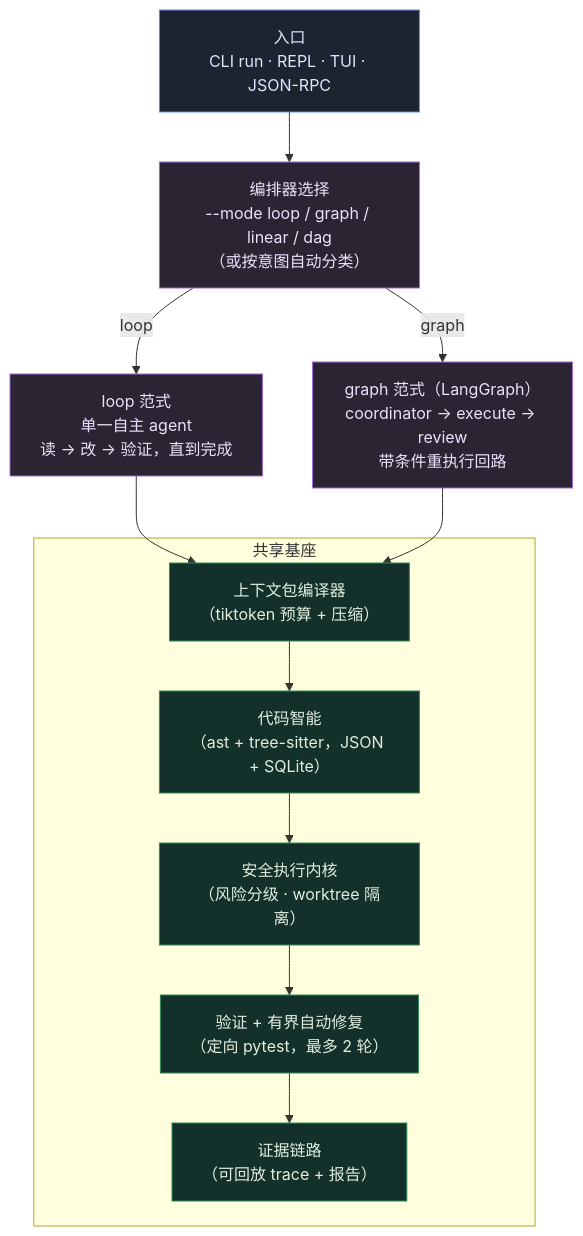
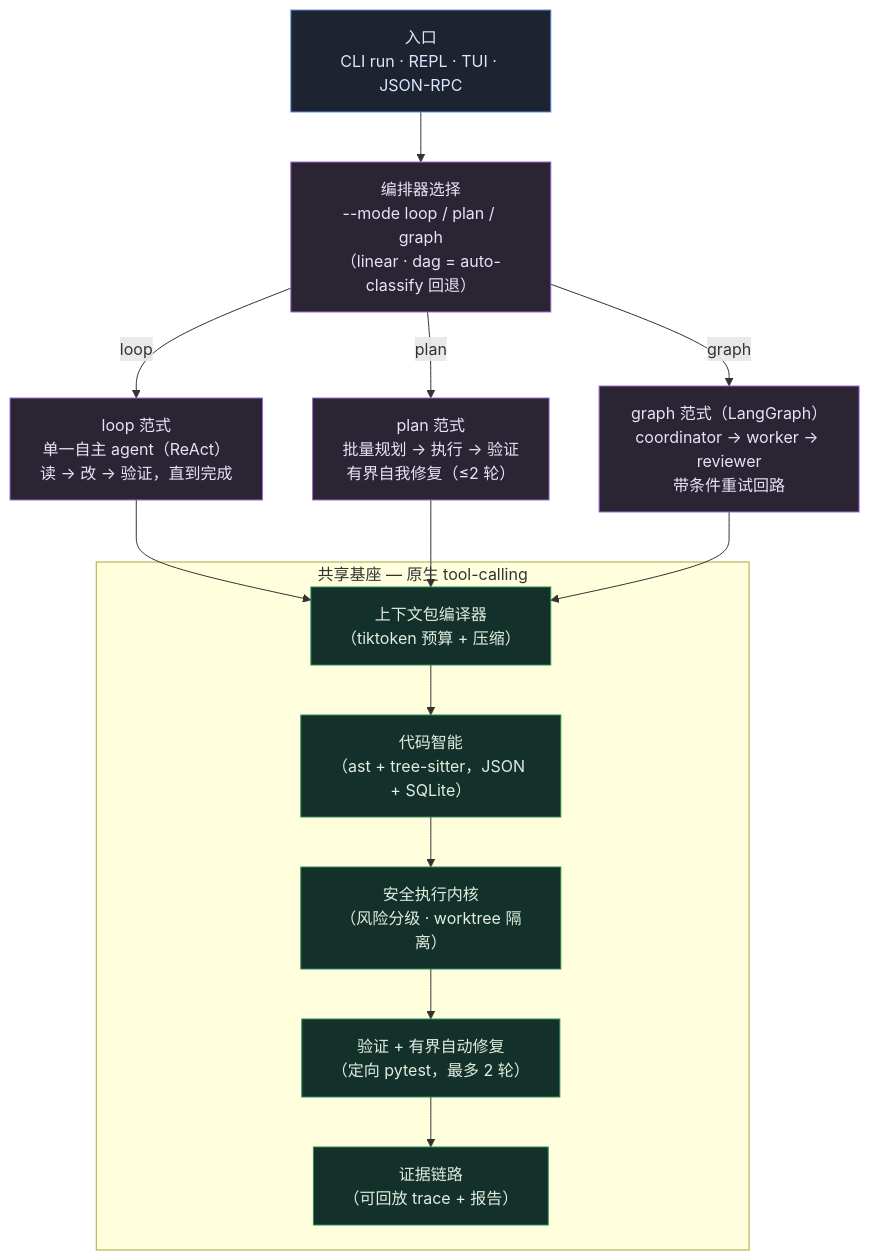
The diagram in README.zh-CN.md (kongshuilinhua/XHX-Agent), drawn with Mermaid before and after one commit. The commit also changed other lines of this file and 3 other files, not shown here.

First line of the commit message:
docs(readme): rewrite to three-paradigm (loop/plan/graph) narrative + benchmark + engineering notes

````diff
--- a/README.zh-CN.md
+++ b/README.zh-CN.md
@@ -33,26 +34,29 @@
 ```mermaid
 graph TD
     classDef entry fill:#1e2330,stroke:#5b8def,stroke-width:1px,color:#dce6ff;
     classDef orch fill:#2a2433,stroke:#a06bd6,stroke-width:1px,color:#ede0fb;
     classDef base fill:#14302a,stroke:#2e8b57,stroke-width:1px,color:#e0eee0;
 
     E["入口<br/>CLI run · REPL · TUI · JSON-RPC"]:::entry
-    S["编排器选择<br/>--mode loop / graph / linear / dag<br/>（或按意图自动分类）"]:::orch
-    L["loop 范式<br/>单一自主 agent<br/>读 → 改 → 验证，直到完成"]:::orch
-    G["graph 范式（LangGraph）<br/>coordinator → execute → review<br/>带条件重执行回路"]:::orch
+    S["编排器选择<br/>--mode loop / plan / graph<br/>（linear · dag = auto-classify 回退）"]:::orch
+    L["loop 范式<br/>单一自主 agent（ReAct）<br/>读 → 改 → 验证，直到完成"]:::orch
+    P["plan 范式<br/>批量规划 → 执行 → 验证<br/>有界自我修复（≤2 轮）"]:::orch
+    G["graph 范式（LangGraph）<br/>coordinator → worker → reviewer<br/>带条件重试回路"]:::orch
 
-    subgraph base_box["共享基座"]
+    subgraph base_box["共享基座 — 原生 tool-calling"]
         B["上下文包编译器<br/>（tiktoken 预算 + 压缩）"]:::base
         R["代码智能<br/>（ast + tree-sitter，JSON + SQLite）"]:::base
         K["安全执行内核<br/>（风险分级 · worktree 隔离）"]:::base
         V["验证 + 有界自动修复<br/>（定向 pytest，最多 2 轮）"]:::base
         EV["证据链路<br/>（可回放 trace + 报告）"]:::base
         B --> R --> K --> V --> EV
     end
 
     E --> S
     S -->|loop| L
+    S -->|plan| P
     S -->|graph| G
     L --> B
+    P --> B
     G --> B
 ```
````
